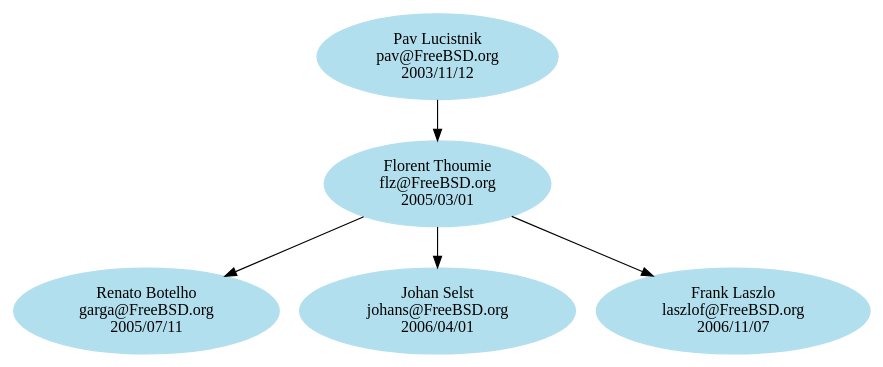
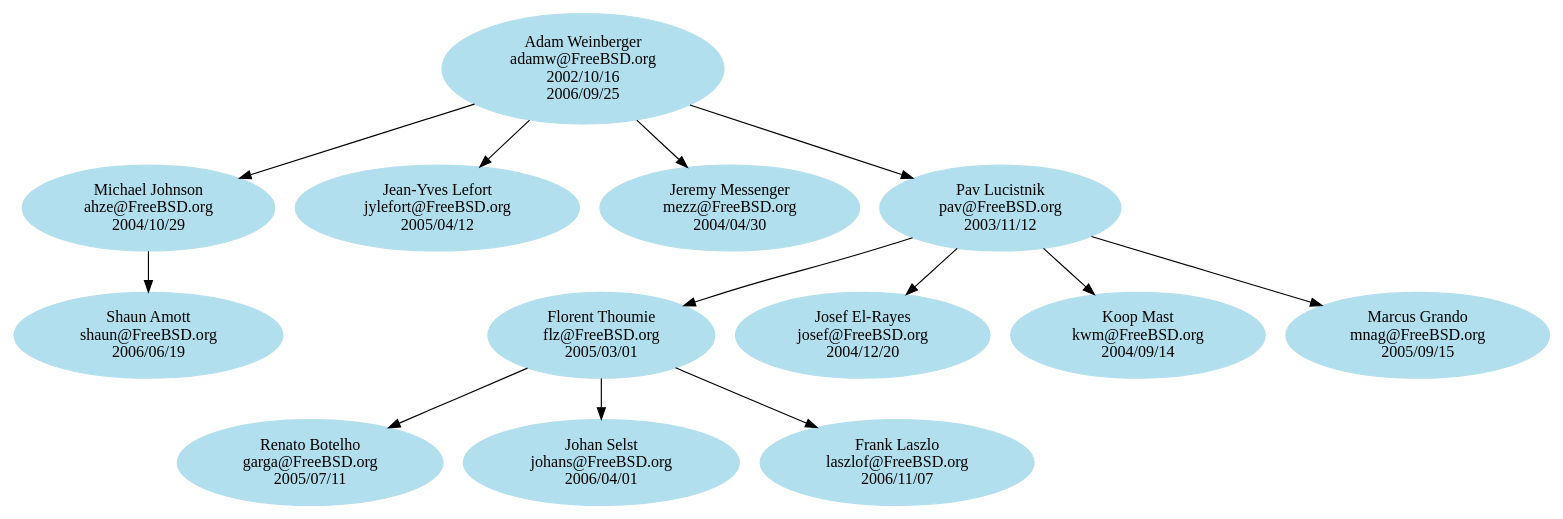
Before and after one commit to kelvinyu/unix-history-repo: the diagram in share/misc/committers-ports.dot, drawn with Graphviz.

Commit message:
Add adamw's orphans

```diff
--- a/share/misc/committers-ports.dot
+++ b/share/misc/committers-ports.dot
@@ -1,27 +1,45 @@
 # $FreeBSD$
 
 digraph ports {
 
 node [color=grey62, style=filled, bgcolor=black];
 
 # Alumni go here.
 
 node [color=lightblue2, style=filled, bgcolor=black];
 
 # Current ports committers go here. Try to keep things sorted.
 
+adamw [label="Adam Weinberger\nadamw@FreeBSD.org\n2002/10/16\n2006/09/25"]
+ahze [label="Michael Johnson\nahze@FreeBSD.org\n2004/10/29"]
 flz [label="Florent Thoumie\nflz@FreeBSD.org\n2005/03/01"]
 garga [label="Renato Botelho\ngarga@FreeBSD.org\n2005/07/11"]
 johans [label="Johan Selst\njohans@FreeBSD.org\n2006/04/01"]
+josef [label="Josef El-Rayes\njosef@FreeBSD.org\n2004/12/20"]
+jylefort [label="Jean-Yves Lefort\njylefort@FreeBSD.org\n2005/04/12"]
+kwm [label="Koop Mast\nkwm@FreeBSD.org\n2004/09/14"]
 laszlof [label="Frank Laszlo\nlaszlof@FreeBSD.org\n2006/11/07"]
+mezz [label="Jeremy Messenger\nmezz@FreeBSD.org\n2004/04/30"]
+mnag [label="Marcus Grando\nmnag@FreeBSD.org\n2005/09/15"]
 pav [label="Pav Lucistnik\npav@FreeBSD.org\n2003/11/12"]
+shaun [label="Shaun Amott\nshaun@FreeBSD.org\n2006/06/19"]
 
 # Here are the mentor/mentee relationships.
+
+adamw -> ahze
+adamw -> jylefort
+adamw -> mezz
+adamw -> pav
+
+ahze -> shaun
 
 flz -> garga
 flz -> johans
 flz -> laszlof
 
 pav -> flz
+pav -> josef
+pav -> kwm
+pav -> mnag
 
 }
```
